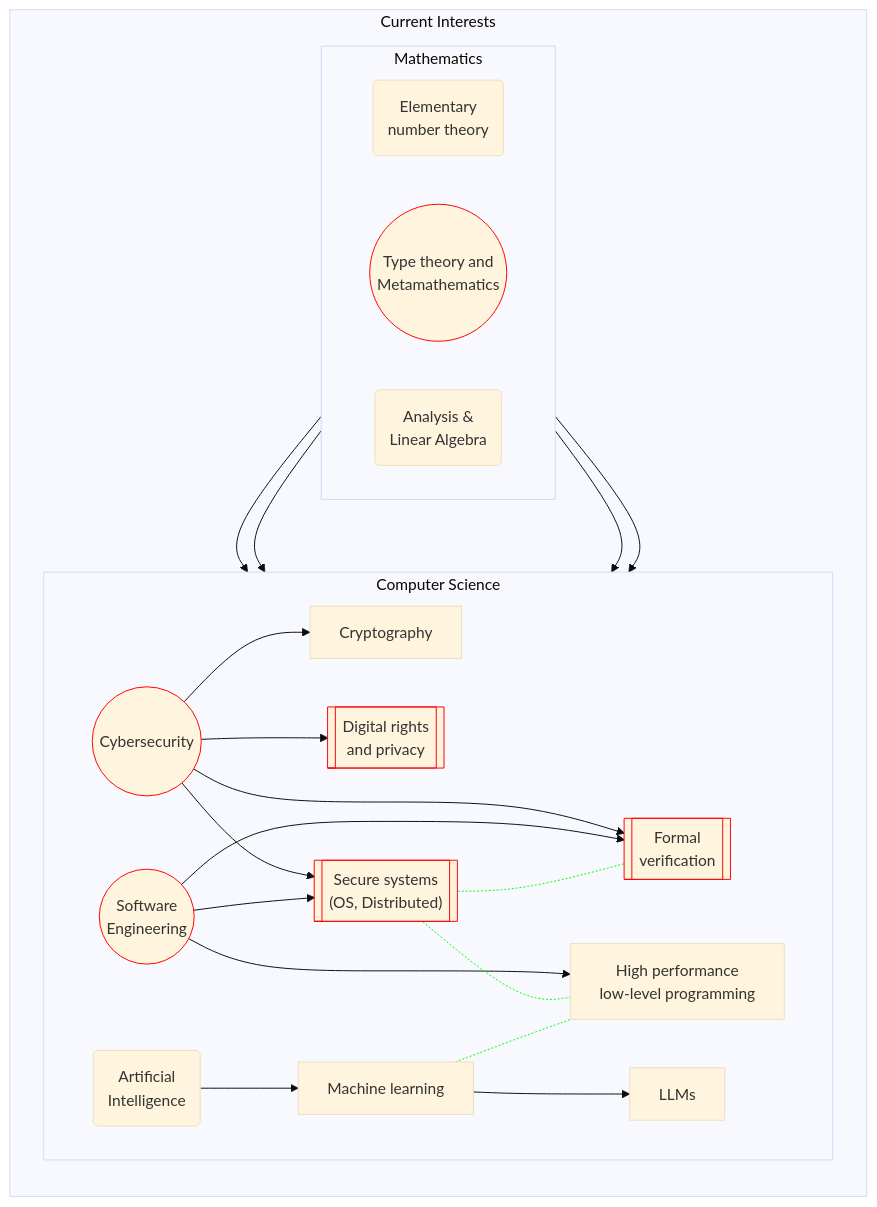
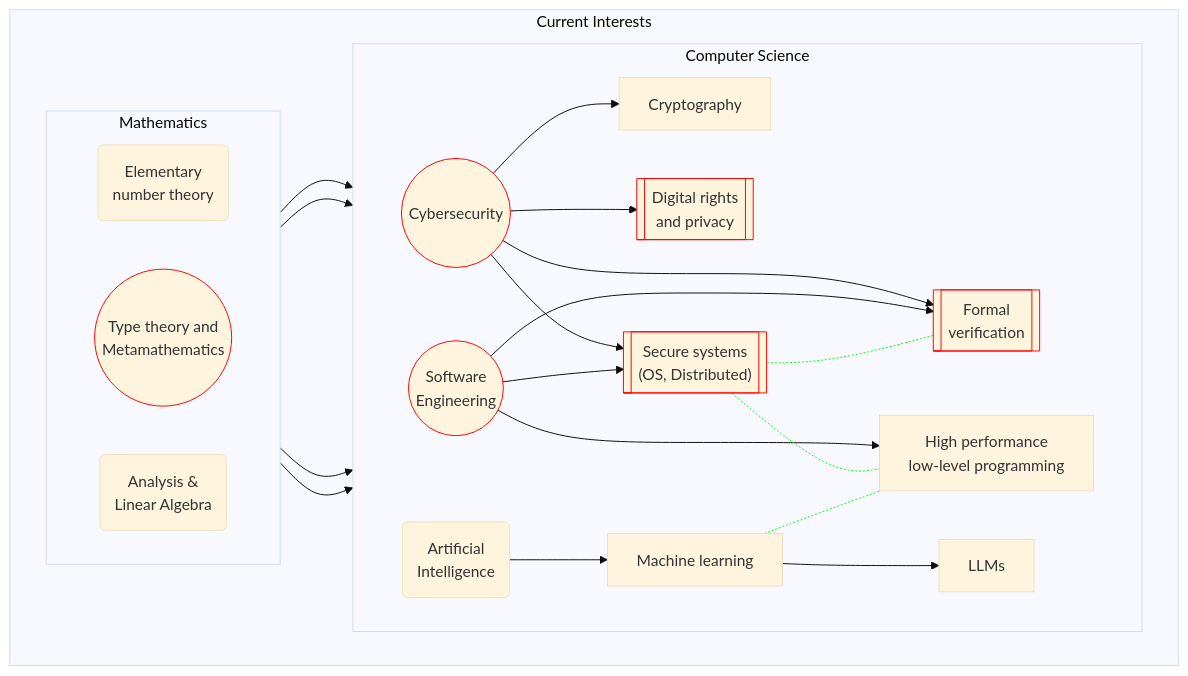
Before and after one commit to guanyuming-he/guanyuming-he: the diagram in README.md, drawn with Mermaid (base theme).

````diff
--- a/README.md
+++ b/README.md
@@ -5,51 +5,51 @@
 ```mermaid
 flowchart LR
 	subgraph "Current Interests"
-		direction TB
+		direction LR
 		%% Primary general topic, general topic, primary subtopic, subtopic,
 		%% respectively
 		classDef gen-pri	shape:dbl-circ,stroke:#f00
 		classDef gen		shape:circle
 		classDef sub-pri	shape:subproc,stroke:#f00
 		classDef sub		shape:rect
 	
 		%% Left side: CS
 		subgraph "Computer Science"
 			direction LR
 			%% General directions
 			CY((Cybersecurity)):::gen-pri
 			SE((Software\n Engineering)):::gen-pri
 			AI(Artificial\n Intelligence):::gen
 	
 			%% Cybersecurity branches
 			CY --> CR[Cryptography]:::sub
 			CY --> DR[["Digital rights\n and privacy"]]:::sub-pri
 			CY --> SS[["Secure systems\n (OS, Distributed)"]]:::sub-pri
 			CY --> FV[["Formal \nverification"]]:::sub-pri
 			SE --> SS
 			SE --> FV
 			SE --> HP["High performance \n low-level programming"]:::sub
 			AI --> ML["Machine learning"]:::sub -->
 			LLM["LLMs"]:::sub
 	
 			SS -.- HP
 			ML -.- HP
 			SS -.- FV
 			%% Change link color
 			linkStyle 9,10,11 stroke:#0f0 
 		end
 	
 		%% Right side: Math
 		subgraph Mathematics
 			direction RL
 			EN(Elementary \nnumber theory):::gen
 			TT((Type theory and\n Metamathematics)):::gen-pri
 			AL(Analysis & \nLinear Algebra):::gen
 	
 			EN --> CR
 			TT --> FV
 			AL --> ML
 			AL --> HP
 		end
 	end
 ```
````
